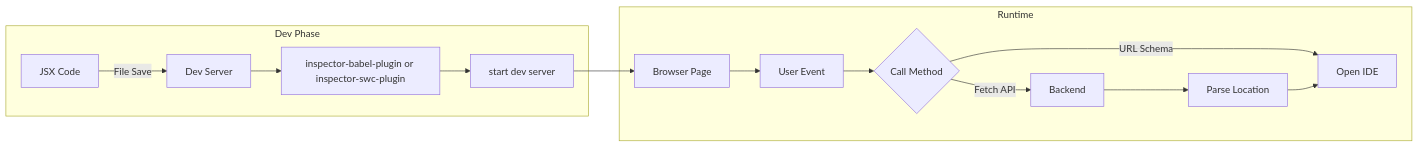
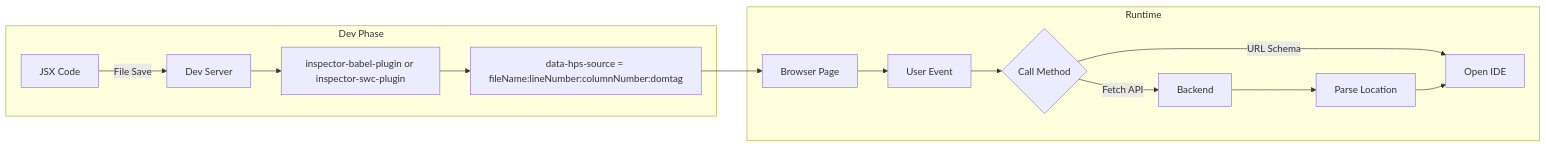
One commit to tclxshunquan-wang/code-inspector changed the diagram in README.md. Above: the diagram before and after it, drawn with Mermaid.

Commit message:
docs: update README to clarify data-hps-source format in the development phase flowchart

````diff
--- a/README.md
+++ b/README.md
@@ -430,19 +430,18 @@
 ```mermaid
 flowchart LR
     subgraph Dev Phase
     A[JSX Code] -->|File Save| B[Dev Server]
     B --> C[inspector-babel-plugin or inspector-swc-plugin]
-    C --> D[<Div data-hps-source="project/file.js:10:1:Div"/>]
-    D[start dev server]
+    C --> D[data-hps-source = fileName:lineNumber:columnNumber:domtag]
     end
 
     subgraph Runtime
     D --> E[Browser Page]
     E --> F[User Event]
     F --> G{Call Method}
     G -->|URL Schema| H[Open IDE]
     G -->|Fetch API| I[Backend]
     I --> J[Parse Location]
     J --> H
     end
 ```
````
